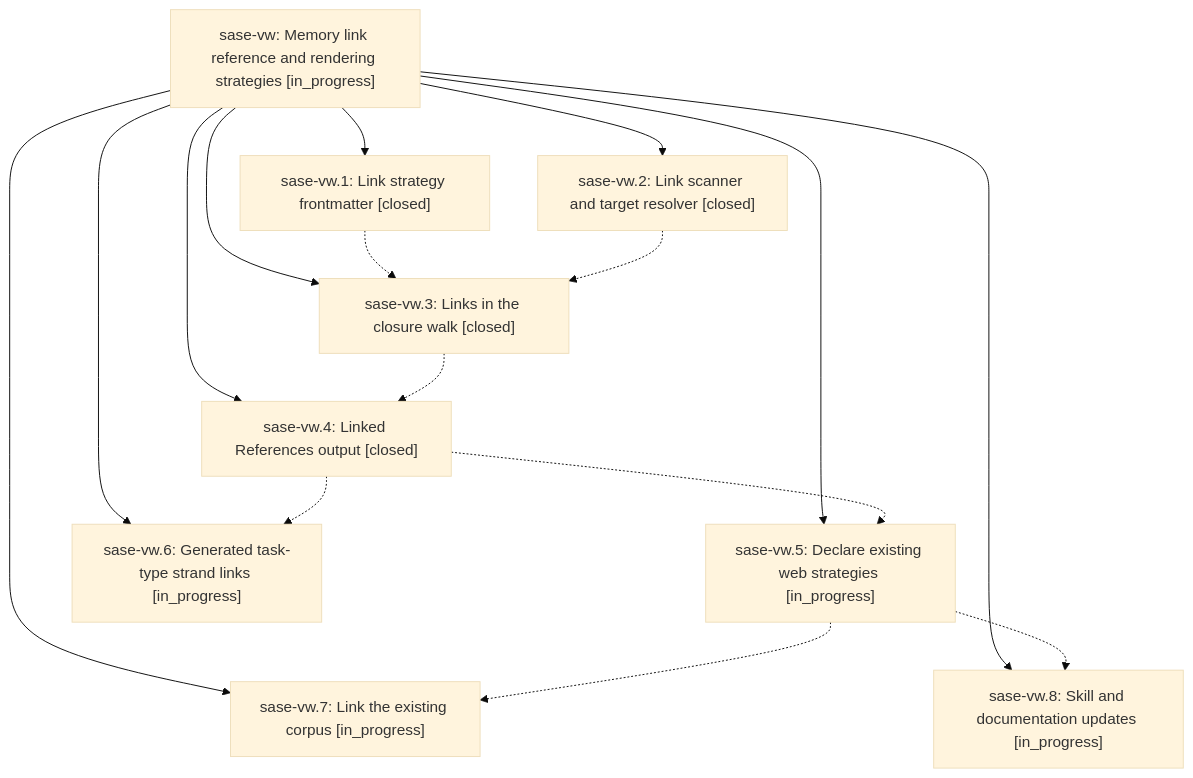
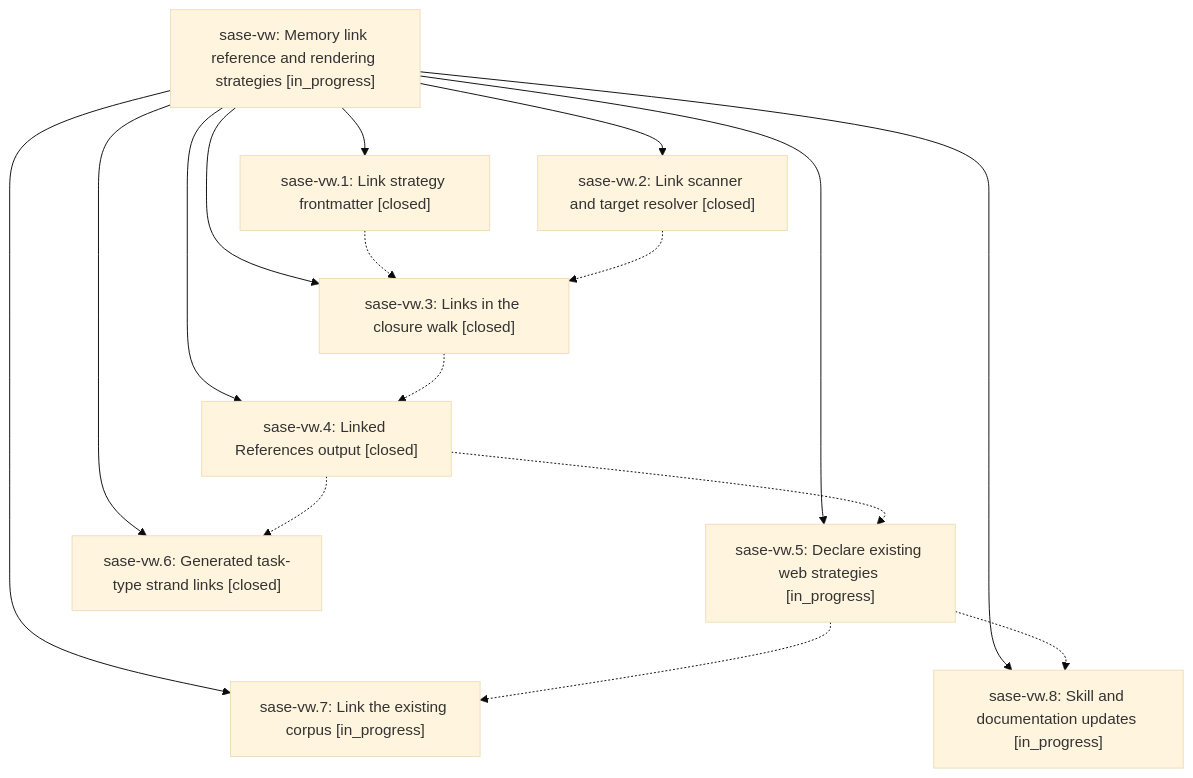
One commit to sase-org/sase--beads changed the diagram in pages/sase-vw/README.md. Above: the diagram before and after it, drawn with Mermaid (base theme). The commit also changed other lines of this file and 2 other files, not shown here.

First line of the commit message:
chore(beads): sync bead state and pages for sase-vw

````diff
--- a/pages/sase-vw/README.md
+++ b/pages/sase-vw/README.md
@@ -41,27 +41,27 @@
 ```mermaid
 flowchart TD
     n0["sase-vw: Memory link reference and rendering strategies [in_progress]"]
     n1["sase-vw.1: Link strategy frontmatter [closed]"]
     n2["sase-vw.2: Link scanner and target resolver [closed]"]
     n3["sase-vw.3: Links in the closure walk [closed]"]
     n4["sase-vw.4: Linked References output [closed]"]
     n5["sase-vw.5: Declare existing web strategies [in_progress]"]
-    n6["sase-vw.6: Generated task-type strand links [in_progress]"]
+    n6["sase-vw.6: Generated task-type strand links [closed]"]
     n7["sase-vw.7: Link the existing corpus [in_progress]"]
     n8["sase-vw.8: Skill and documentation updates [in_progress]"]
     n0 --> n1
     n0 --> n2
     n0 --> n3
     n0 --> n4
     n0 --> n5
     n0 --> n6
     n0 --> n7
     n0 --> n8
     n1 -.-> n3
     n2 -.-> n3
     n3 -.-> n4
     n4 -.-> n5
     n4 -.-> n6
     n5 -.-> n7
     n5 -.-> n8
 ```
````
